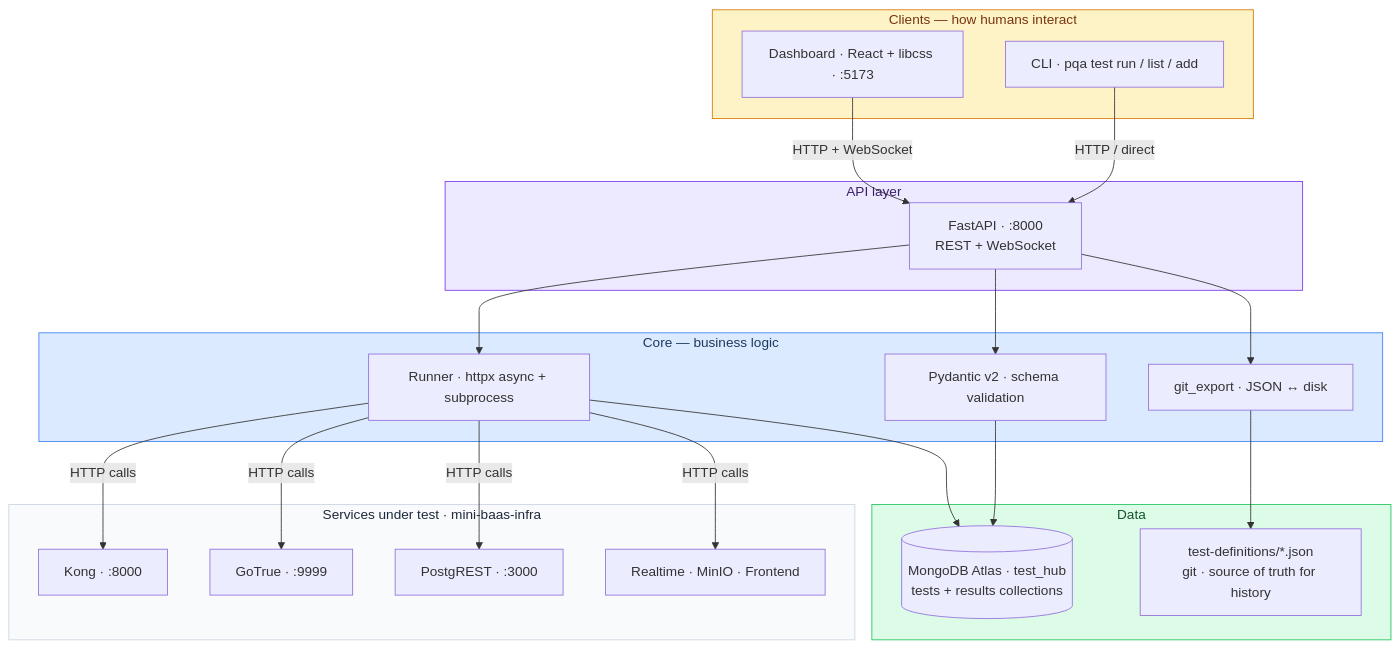
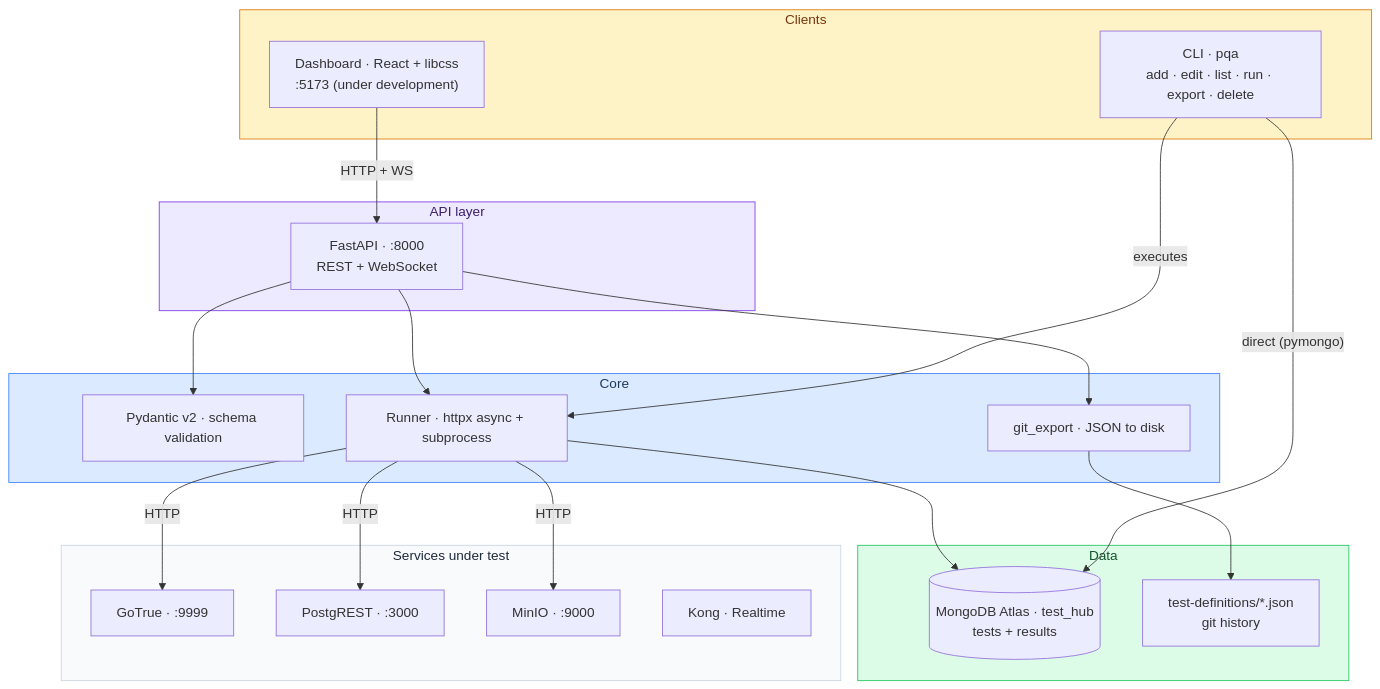
Before and after one commit to Univers42/QA: the diagram in README.md, drawn with Mermaid. The commit also changed other lines of this file and 4 other files, not shown here.

Commit message:
docs(roadmap): Add Roadmap 5 and update README for CLI completion. Makefile rules updated and refined. usage guide added too

````diff
--- a/README.md
+++ b/README.md
@@ -62,48 +52,47 @@
 ```mermaid
 graph TB
-    subgraph CLIENTS["Clients — how humans interact"]
-        CLI["CLI · pqa test run / list / add"]
-        DASHBOARD["Dashboard · React + libcss · :5173"]
+    subgraph CLIENTS["Clients"]
+        CLI["CLI · pqa<br/>add · edit · list · run · export · delete"]
+        DASHBOARD["Dashboard · React + libcss<br/>:5173 (under development)"]
     end
 
     subgraph API_LAYER["API layer"]
         API["FastAPI · :8000<br/>REST + WebSocket"]
     end
 
-    subgraph CORE["Core — business logic"]
+    subgraph CORE["Core"]
         SCHEMA["Pydantic v2 · schema validation"]
         RUNNER["Runner · httpx async + subprocess"]
-        EXPORT["git_export · JSON ↔ disk"]
+        EXPORT["git_export · JSON to disk"]
     end
 
     subgraph DATA["Data"]
-        ATLAS[("MongoDB Atlas · test_hub<br/>tests + results collections")]
-        JSON["test-definitions/*.json<br/>git · source of truth for history"]
+        ATLAS[("MongoDB Atlas · test_hub<br/>tests + results")]
+        JSON["test-definitions/*.json<br/>git history"]
     end
 
-    subgraph SERVICES["Services under test · mini-baas-infra"]
-        KONG["Kong · :8000"]
+    subgraph SERVICES["Services under test"]
         GOTRUE["GoTrue · :9999"]
         POSTGREST["PostgREST · :3000"]
-        OTHER["Realtime · MinIO · Frontend"]
+        MINIO["MinIO · :9000"]
+        OTHER["Kong · Realtime"]
     end
 
-    CLI -->|"HTTP / direct"| API
-    DASHBOARD -->|"HTTP + WebSocket"| API
+    CLI -->|"direct (pymongo)"| ATLAS
+    CLI -->|"executes"| RUNNER
+    DASHBOARD -->|"HTTP + WS"| API
     API --> SCHEMA
     API --> RUNNER
     API --> EXPORT
-    SCHEMA --> ATLAS
-    RUNNER -->|"HTTP calls"| KONG
-    RUNNER -->|"HTTP calls"| GOTRUE
-    RUNNER -->|"HTTP calls"| POSTGREST
-    RUNNER -->|"HTTP calls"| OTHER
+    RUNNER -->|"HTTP"| GOTRUE
+    RUNNER -->|"HTTP"| POSTGREST
+    RUNNER -->|"HTTP"| MINIO
     RUNNER --> ATLAS
     EXPORT --> JSON
 
     style CLIENTS fill:#fef3c7,stroke:#d97706,color:#78350f
     style API_LAYER fill:#ede9fe,stroke:#7c3aed,color:#3b1f6e
     style CORE fill:#dbeafe,stroke:#3b82f6,color:#1e3a5f
     style DATA fill:#dcfce7,stroke:#22c55e,color:#14532d
     style SERVICES fill:#f8fafc,stroke:#cbd5e1,color:#1e293b
 ```
````
